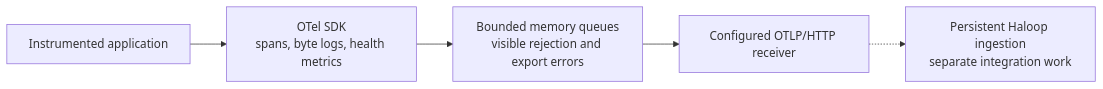
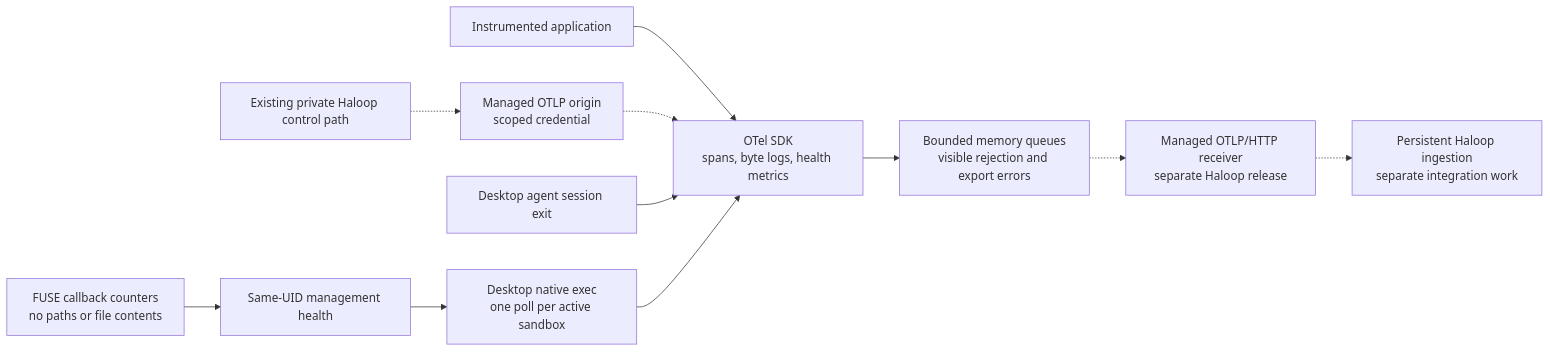
Before and after one commit to openrind/openrind-shell: the fifth of 11 diagrams in ARCHITECTURE.md, drawn with Mermaid. The commit also changed other lines of this file and 46 other files, not shown here.

````diff
--- a/ARCHITECTURE.md
+++ b/ARCHITECTURE.md
@@ -232,7 +233,12 @@
 ```mermaid
 flowchart LR
   application["Instrumented application"] --> sdk["OTel SDK<br/>spans, byte logs, health metrics"]
+  route["Existing private Haloop control path"] -.-> config["Managed OTLP origin<br/>scoped credential"]
+  config -.-> sdk
+  lifecycle["Desktop agent session exit"] --> sdk
+  callbacks["FUSE callback counters<br/>no paths or file contents"] --> health["Same-UID management health"]
+  health --> poll["Desktop native exec<br/>one poll per active sandbox"] --> sdk
   sdk --> queue["Bounded memory queues<br/>visible rejection and export errors"]
-  queue --> receiver["Configured OTLP/HTTP receiver"]
+  queue -.-> receiver["Managed OTLP/HTTP receiver<br/>separate Haloop release"]
   receiver -.-> storage["Persistent Haloop ingestion<br/>separate integration work"]
 ```
````
